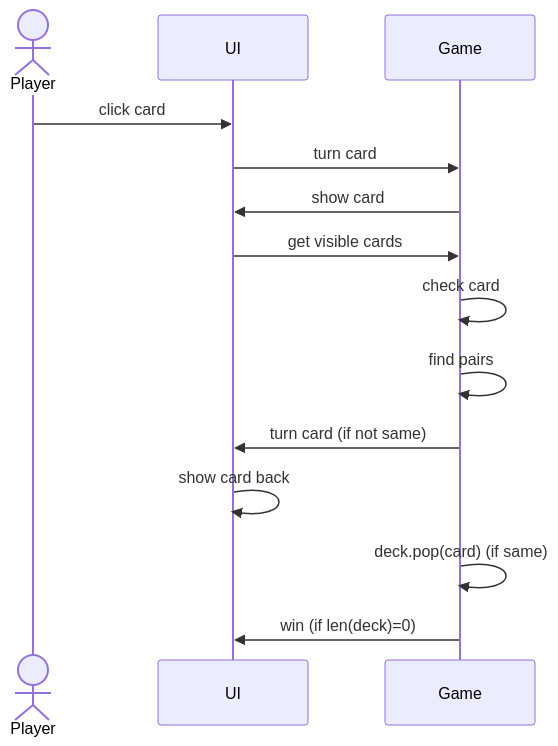
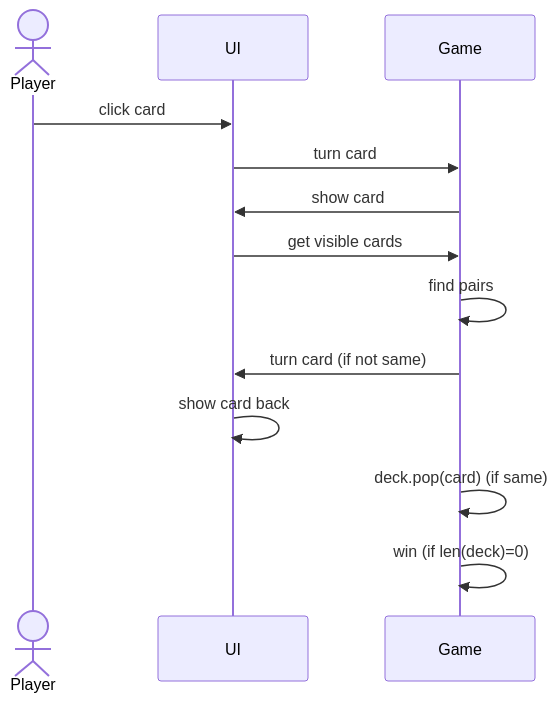
One commit to kxelina/ot-harjoitustyo changed the second of 3 diagrams in dokumentaatio/arkkitehtuuri.md. Above: the diagram before and after it, drawn with Mermaid. The commit also changed other lines of this file and 16 other files, not shown here.

````diff
--- a/dokumentaatio/arkkitehtuuri.md
+++ b/dokumentaatio/arkkitehtuuri.md
@@ -61,16 +64,15 @@
 ```mermaid
 sequenceDiagram
     actor Player 
     participant UI
     participant Game
     Player ->> UI: click card
     UI ->> Game: turn card
     Game ->> UI: show card
     UI ->> Game: get visible cards
-    Game ->> Game: check card
     Game ->> Game: find pairs
     Game ->> UI: turn card (if not same)
     UI ->> UI: show card back
     Game ->> Game: deck.pop(card) (if same)
-    Game ->> UI: win (if len(deck)=0)
+    Game ->> Game: win (if len(deck)=0)
 ```
````
